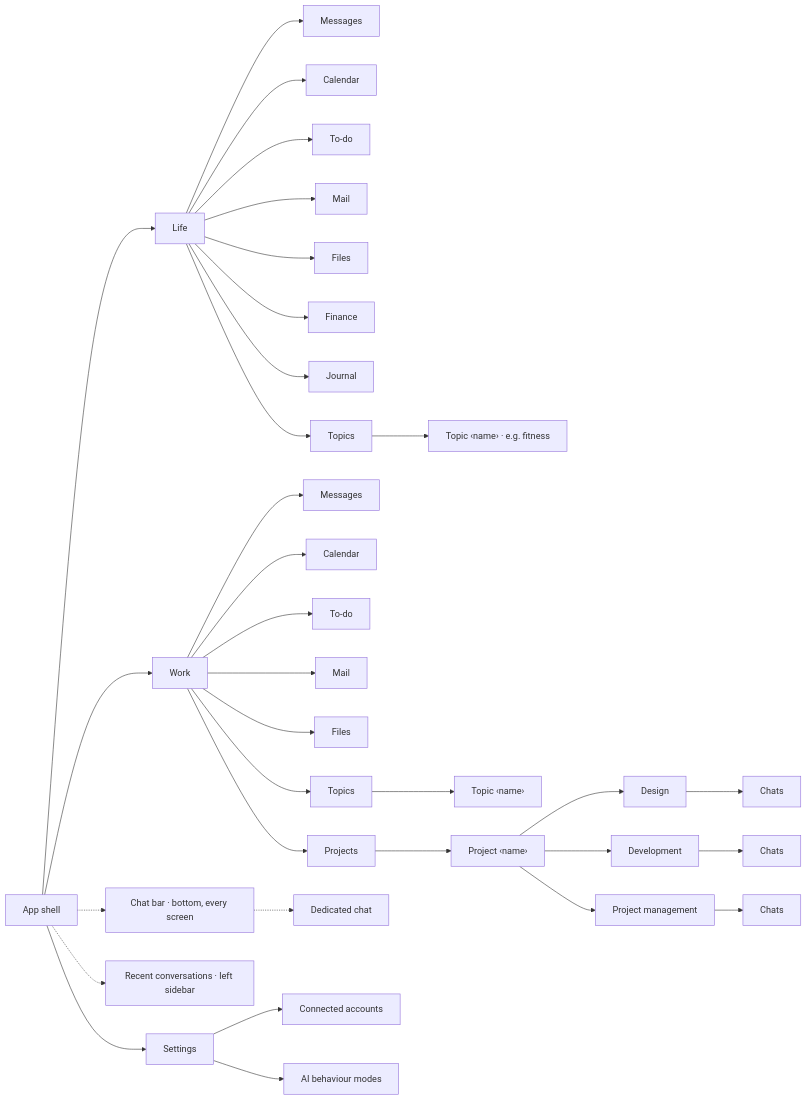
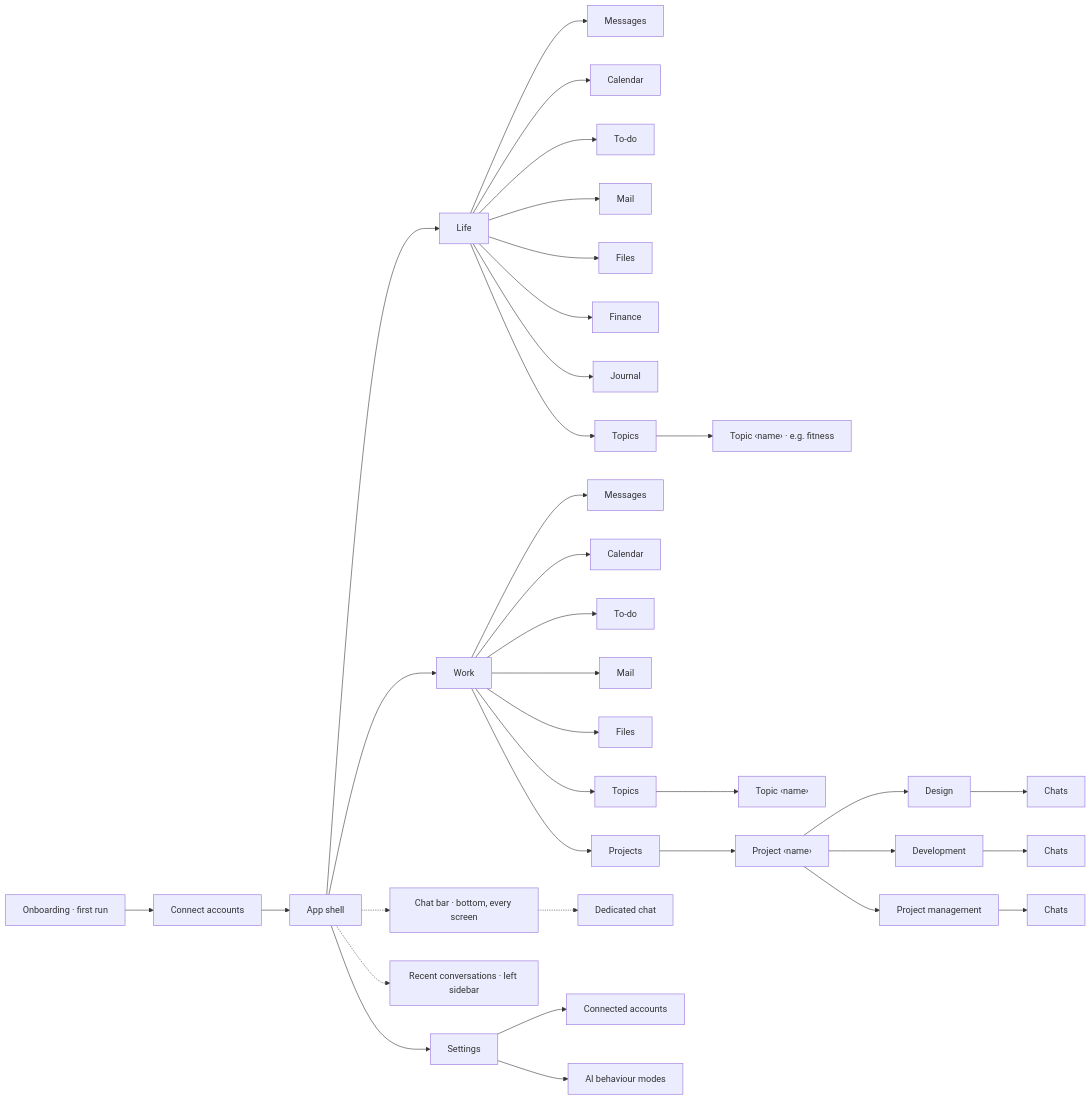
The diagram in docs/design/IA-MAP.md (sherrrrryz/personal_agent), drawn with Mermaid before and after one commit. The commit also changed other lines of this file and 2 other files, not shown here.

First line of the commit message:
docs(task-0): onboarding flow in the IA; D-07 confirms topics, shared modules, first run

````diff
--- a/docs/design/IA-MAP.md
+++ b/docs/design/IA-MAP.md
@@ -18,39 +18,41 @@
 ```mermaid
 flowchart LR
+  onboarding[Onboarding · first run] --> onboarding.accounts[Connect accounts]
+  onboarding.accounts --> root
   root[App shell]
   root --> life[Life]
   root --> work[Work]
   root -.-> chat.bar[Chat bar · bottom, every screen]
   root -.-> chat.recent[Recent conversations · left sidebar]
   root --> settings[Settings]
 
   life --> life.messages[Messages]
   life --> life.calendar[Calendar]
   life --> life.todo[To-do]
   life --> life.mail[Mail]
   life --> life.files[Files]
   life --> life.finance[Finance]
   life --> life.journal[Journal]
   life --> life.topics[Topics]
   life.topics --> life.topic["Topic ‹name› · e.g. fitness"]
 
   work --> work.messages[Messages]
   work --> work.calendar[Calendar]
   work --> work.todo[To-do]
   work --> work.mail[Mail]
   work --> work.files[Files]
   work --> work.projects[Projects]
   work --> work.topics[Topics]
   work.topics --> work.topic["Topic ‹name›"]
   work.projects --> project["Project ‹name›"]
   project --> project.design[Design]
   project --> project.dev[Development]
   project --> project.pm[Project management]
   project.design --> project.design.chats[Chats]
   project.dev --> project.dev.chats[Chats]
   project.pm --> project.pm.chats[Chats]
 
   chat.bar -.-> chat.thread[Dedicated chat]
   settings --> settings.accounts[Connected accounts]
   settings --> settings.ai-modes[AI behaviour modes]
 ```
````
